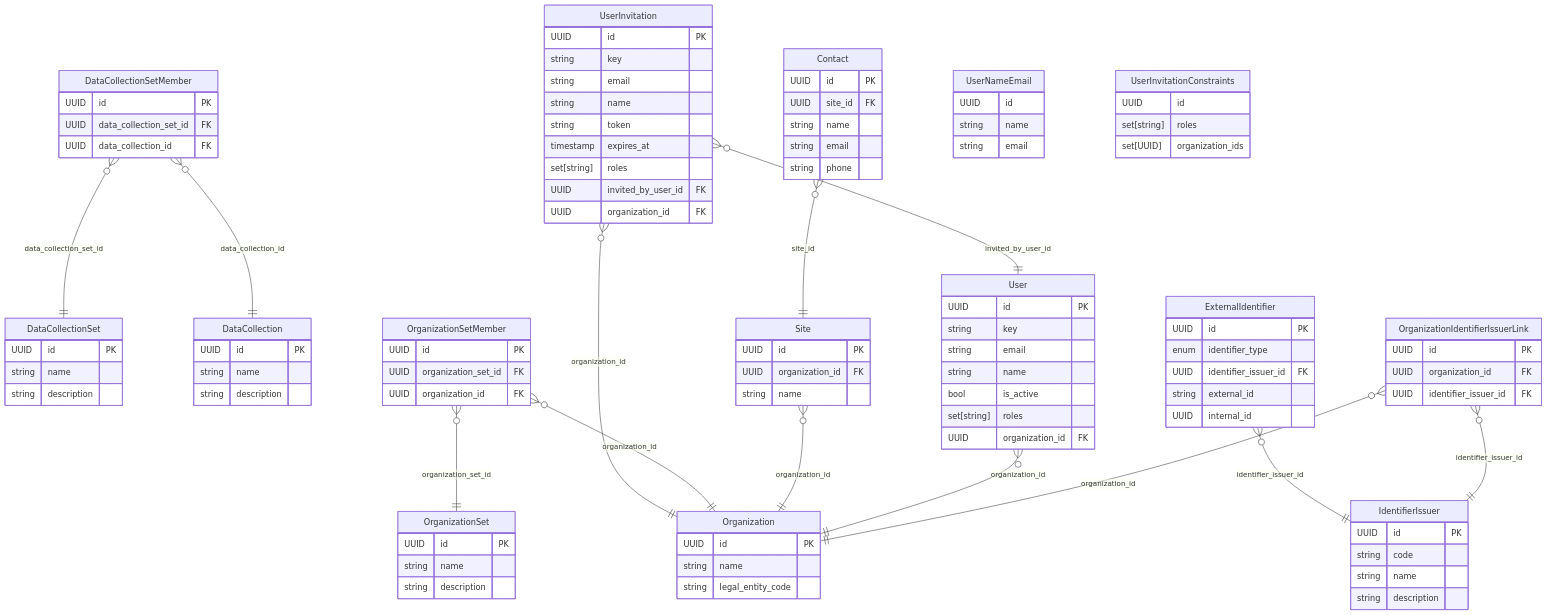
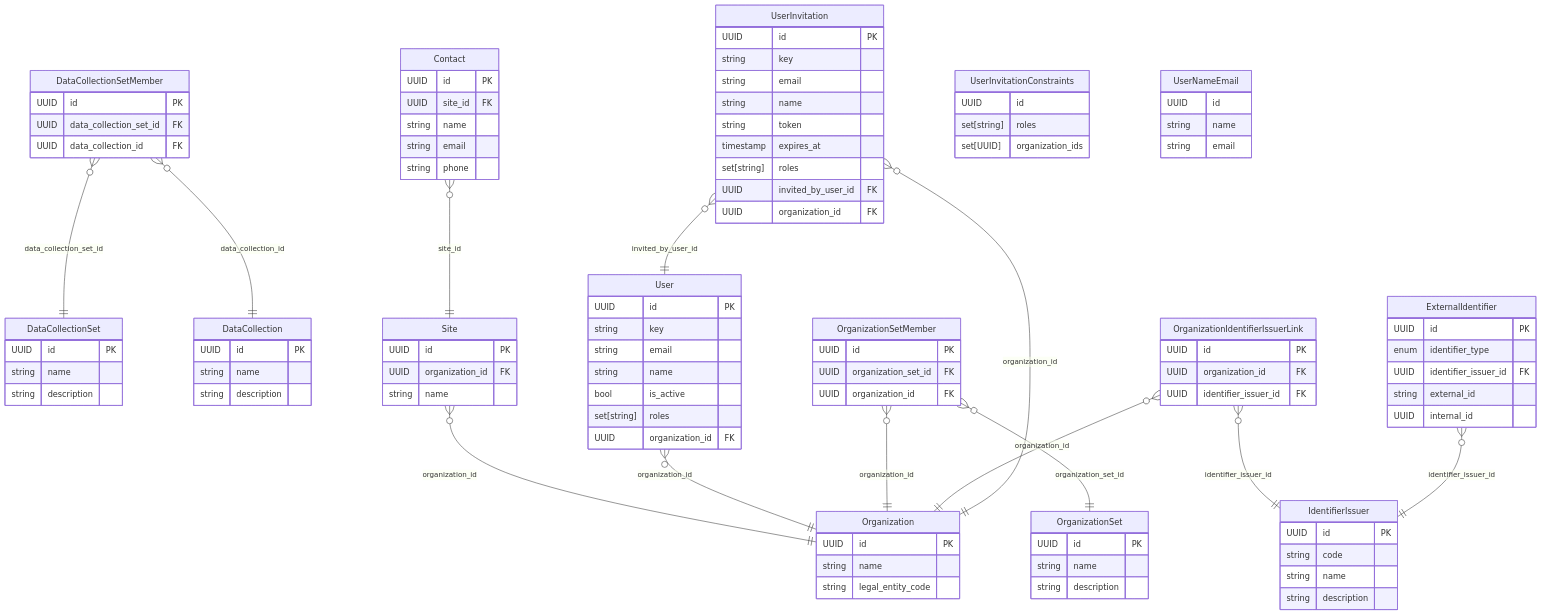
Before and after one commit to RIVM-bioinformatics/gen-epix-api: the diagram in docs/erm/omopdb.organization.detailed.md, drawn with Mermaid. The commit also changed other lines of this file and 161 other files, not shown here.

````diff
--- a/docs/erm/omopdb.organization.detailed.md
+++ b/docs/erm/omopdb.organization.detailed.md
@@ -9,22 +9,34 @@
     %% Relationships
     DataCollectionSetMember }o--|| DataCollectionSet : "data_collection_set_id"
     DataCollectionSetMember }o--|| DataCollection : "data_collection_id"
+    Site }o--|| Organization : "organization_id"
+    User }o--|| Organization : "organization_id"
+    OrganizationSetMember }o--|| OrganizationSet : "organization_set_id"
+    OrganizationSetMember }o--|| Organization : "organization_id"
+    OrganizationIdentifierIssuerLink }o--|| Organization : "organization_id"
+    OrganizationIdentifierIssuerLink }o--|| IdentifierIssuer : "identifier_issuer_id"
     UserInvitation }o--|| Organization : "organization_id"
     UserInvitation }o--|| User : "invited_by_user_id"
-    OrganizationSetMember }o--|| OrganizationSet : "organization_set_id"
-    OrganizationSetMember }o--|| Organization : "organization_id"
-    Site }o--|| Organization : "organization_id"
     Contact }o--|| Site : "site_id"
-    User }o--|| Organization : "organization_id"
     ExternalIdentifier }o--|| IdentifierIssuer : "identifier_issuer_id"
-    OrganizationIdentifierIssuerLink }o--|| Organization : "organization_id"
-    OrganizationIdentifierIssuerLink }o--|| IdentifierIssuer : "identifier_issuer_id"
 
     %% Entity definitions
     DataCollectionSetMember {
         UUID id PK
         UUID data_collection_set_id FK
         UUID data_collection_id FK
+    }
+
+    Site {
+        UUID id PK
+        UUID organization_id FK
+        string name
+    }
+
+    UserInvitationConstraints {
+        UUID id
+        set[string] roles
+        set[UUID] organization_ids
     }
 
     IdentifierIssuer {
@@ -34,10 +46,26 @@
         string description
     }
 
-    Organization {
+    User {
         UUID id PK
+        string key
+        string email
         string name
-        string legal_entity_code
+        bool is_active
+        set[string] roles
+        UUID organization_id FK
+    }
+
+    OrganizationSetMember {
+        UUID id PK
+        UUID organization_set_id FK
+        UUID organization_id FK
+    }
+
+    OrganizationIdentifierIssuerLink {
+        UUID id PK
+        UUID organization_id FK
+        UUID identifier_issuer_id FK
     }
 
     UserInvitation {
@@ -52,28 +80,34 @@
         UUID organization_id FK
     }
 
+    DataCollectionSet {
+        UUID id PK
+        string name
+        string description
+    }
+
     DataCollection {
         UUID id PK
         string name
         string description
     }
 
+    Organization {
+        UUID id PK
+        string name
+        string legal_entity_code
+    }
+
+    UserNameEmail {
+        UUID id
+        string name
+        string email
+    }
+
     OrganizationSet {
         UUID id PK
         string name
         string description
-    }
-
-    OrganizationSetMember {
-        UUID id PK
-        UUID organization_set_id FK
-        UUID organization_id FK
-    }
-
-    Site {
-        UUID id PK
-        UUID organization_id FK
-        string name
     }
 
     Contact {
@@ -84,16 +118,6 @@
         string phone
     }
 
-    User {
-        UUID id PK
-        string key
-        string email
-        string name
-        bool is_active
-        set[string] roles
-        UUID organization_id FK
-    }
-
     ExternalIdentifier {
         UUID id PK
         enum identifier_type
@@ -102,28 +126,4 @@
         UUID internal_id
     }
 
-    UserNameEmail {
-        UUID id
-        string name
-        string email
-    }
-
-    OrganizationIdentifierIssuerLink {
-        UUID id PK
-        UUID organization_id FK
-        UUID identifier_issuer_id FK
-    }
-
-    DataCollectionSet {
-        UUID id PK
-        string name
-        string description
-    }
-
-    UserInvitationConstraints {
-        UUID id
-        set[string] roles
-        set[UUID] organization_ids
-    }
-
 ```
````
